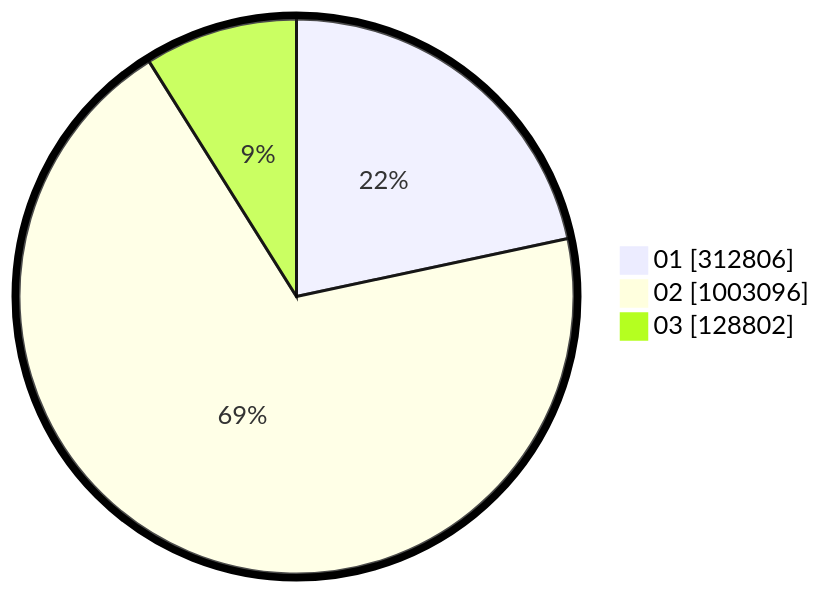
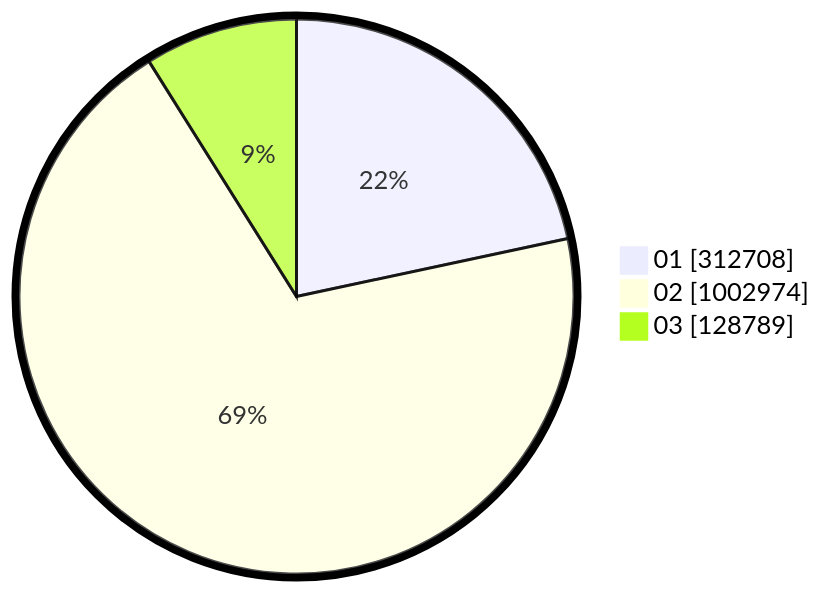
The second of 2 diagrams in pilpres/hitung-suara/sub/table-wilayah-72.md (gigit-pemilu/pemilu-2024), drawn with Mermaid before and after one commit. The commit also changed other lines of this file and 10 other files, not shown here.

````diff
--- a/pilpres/hitung-suara/sub/table-wilayah-72.md
+++ b/pilpres/hitung-suara/sub/table-wilayah-72.md
@@ -15,7 +15,7 @@
 ```mermaid
 %%{init: {"pie": {"textPosition": 0.5}, "themeVariables": {"pieOuterStrokeWidth": "5px"}} }%%
 pie showData
-    "01" : 312806
-    "02" : 1003096
-    "03" : 128802
+    "01" : 312708
+    "02" : 1002974
+    "03" : 128789
 ```
````
